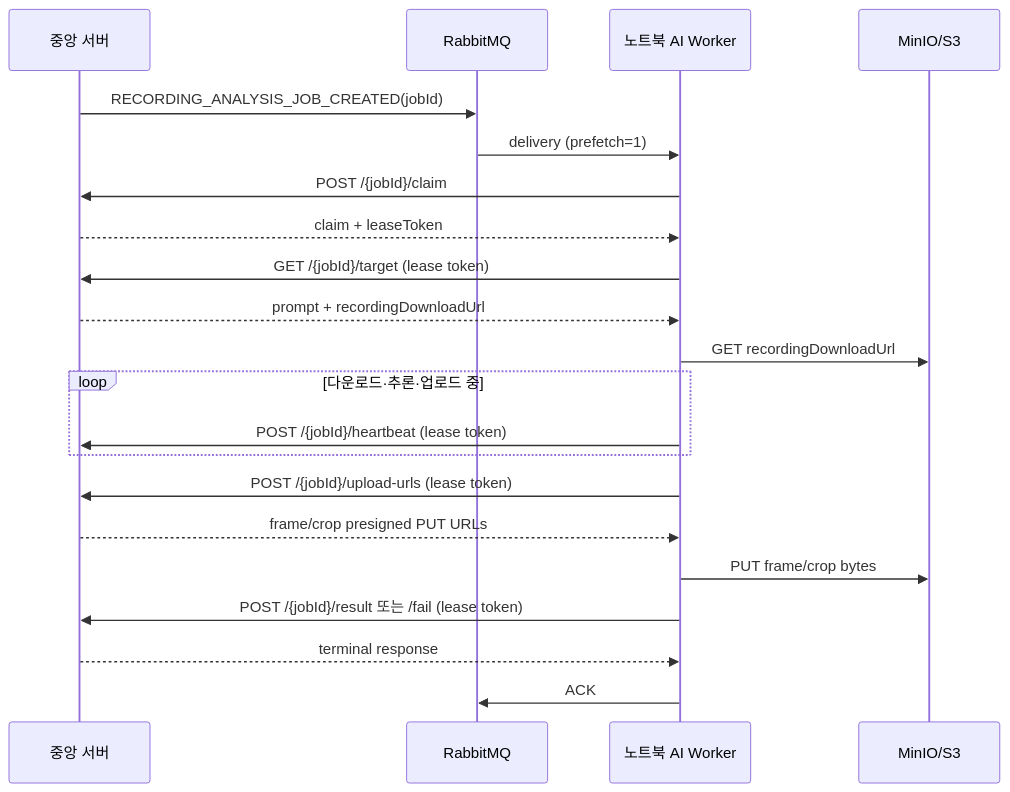
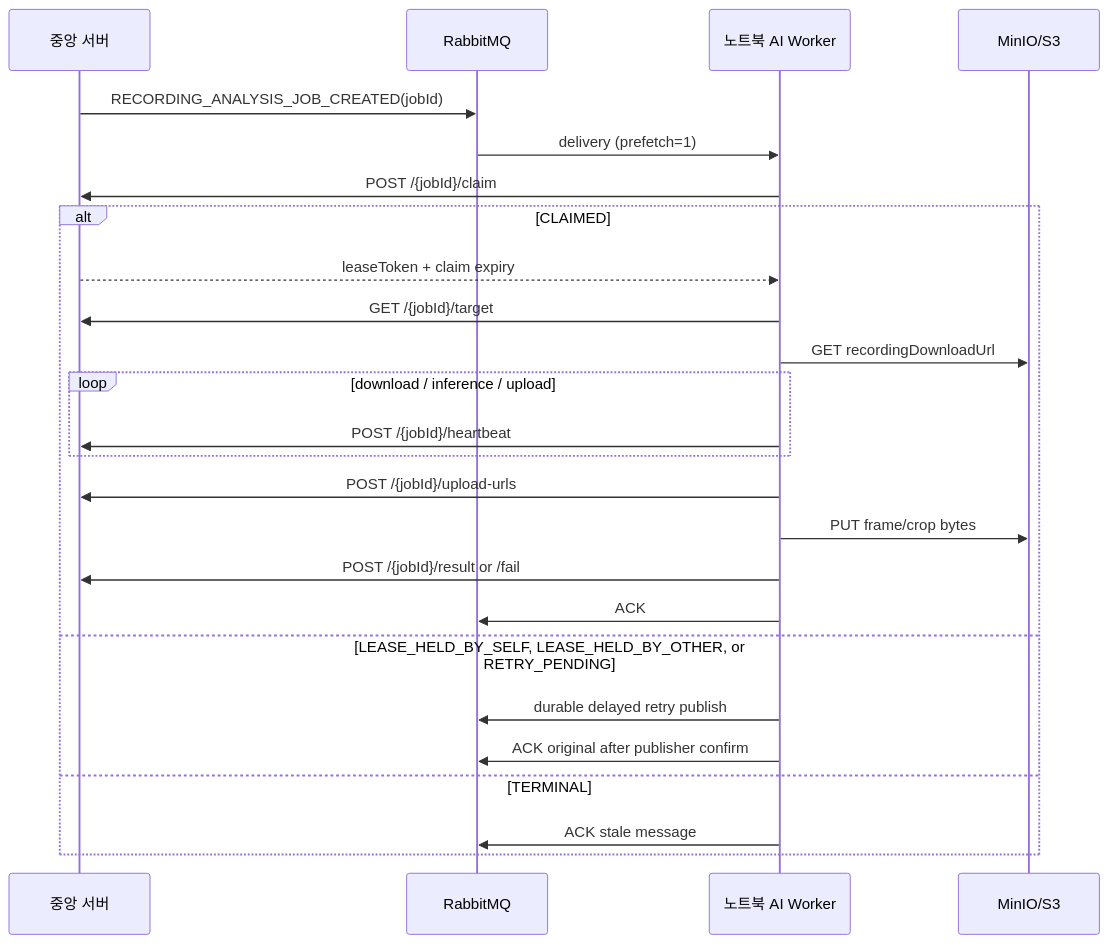
The diagram in docs/recording-analysis-worker-api.md (tttksj404/cctv-model-selection-lab), drawn with Mermaid before and after one commit. The commit also changed other lines of this file and 34 other files, not shown here.

````diff
--- a/docs/recording-analysis-worker-api.md
+++ b/docs/recording-analysis-worker-api.md
@@ -9,24 +9,28 @@
 ```mermaid
 sequenceDiagram
     participant C as 중앙 서버
     participant R as RabbitMQ
     participant W as 노트북 AI Worker
     participant S as MinIO/S3
 
     C->>R: RECORDING_ANALYSIS_JOB_CREATED(jobId)
     R->>W: delivery (prefetch=1)
     W->>C: POST /{jobId}/claim
-    C-->>W: claim + leaseToken
-    W->>C: GET /{jobId}/target (lease token)
-    C-->>W: prompt + recordingDownloadUrl
-    W->>S: GET recordingDownloadUrl
-    loop 다운로드·추론·업로드 중
-        W->>C: POST /{jobId}/heartbeat (lease token)
+    alt CLAIMED
+        C-->>W: leaseToken + claim expiry
+        W->>C: GET /{jobId}/target
+        W->>S: GET recordingDownloadUrl
+        loop download / inference / upload
+            W->>C: POST /{jobId}/heartbeat
+        end
+        W->>C: POST /{jobId}/upload-urls
+        W->>S: PUT frame/crop bytes
+        W->>C: POST /{jobId}/result or /fail
+        W->>R: ACK
+    else LEASE_HELD_BY_SELF, LEASE_HELD_BY_OTHER, or RETRY_PENDING
+        W->>R: durable delayed retry publish
+        W->>R: ACK original after publisher confirm
+    else TERMINAL
+        W->>R: ACK stale message
     end
-    W->>C: POST /{jobId}/upload-urls (lease token)
-    C-->>W: frame/crop presigned PUT URLs
-    W->>S: PUT frame/crop bytes
-    W->>C: POST /{jobId}/result 또는 /fail (lease token)
-    C-->>W: terminal response
-    W->>R: ACK
 ```
````
